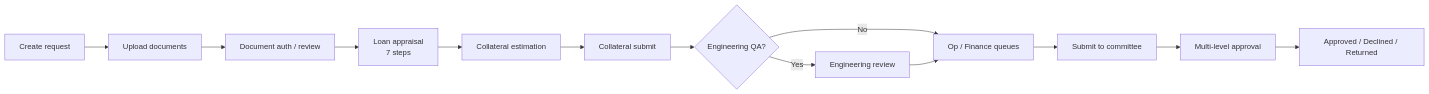
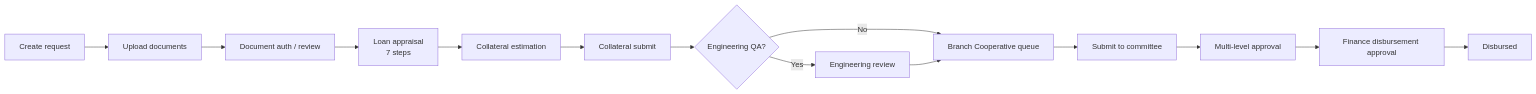
One commit to habenkiros/dbe_loan changed the diagram in README.md. Above: the diagram before and after it, drawn with Mermaid. The commit also changed other lines of this file and 48 other files, not shown here.

````diff
--- a/README.md
+++ b/README.md
@@ -119,15 +125,16 @@
 ```mermaid
 flowchart LR
     A[Create request] --> B[Upload documents]
     B --> C[Document auth / review]
     C --> D[Loan appraisal<br/>7 steps]
     D --> E[Collateral estimation]
     E --> F[Collateral submit]
     F --> G{Engineering QA?}
     G -->|Yes| H[Engineering review]
-    G -->|No| I[Op / Finance queues]
+    G -->|No| I[Branch Cooperative queue]
     H --> I
     I --> J[Submit to committee]
     J --> K[Multi-level approval]
-    K --> L[Approved / Declined / Returned]
+    K --> L[Finance disbursement approval]
+    L --> M[Disbursed]
 ```
````
